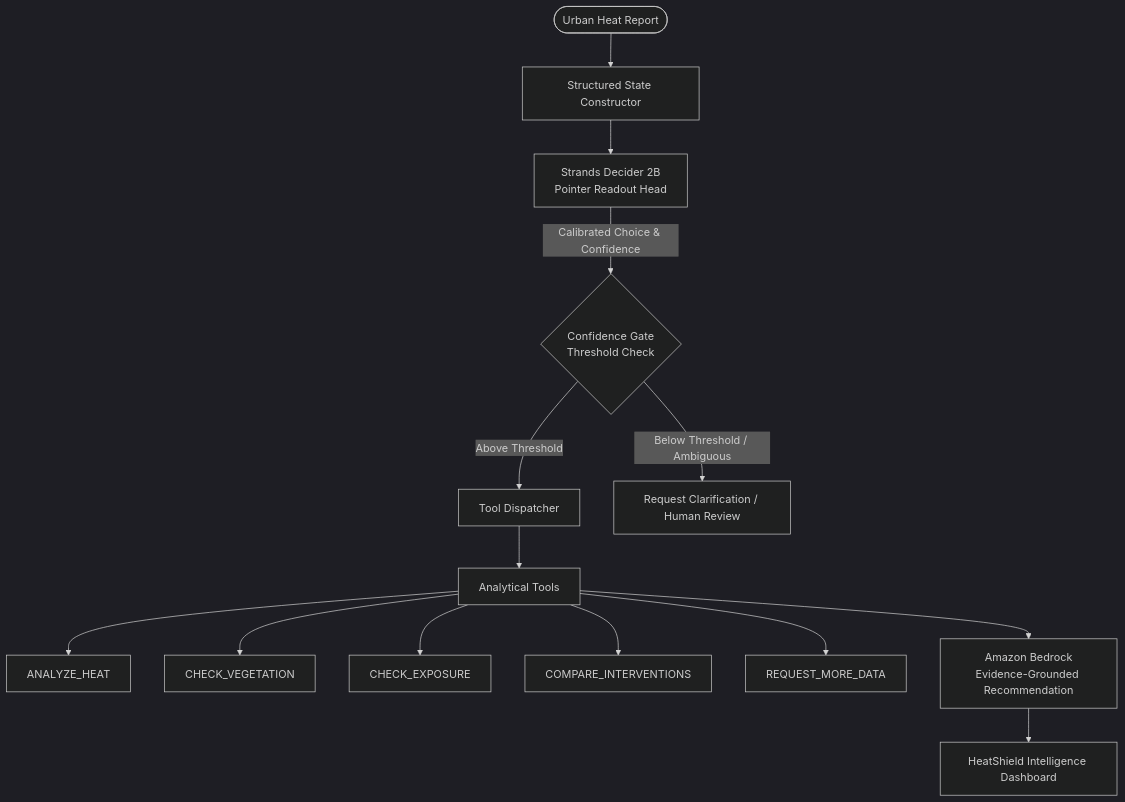
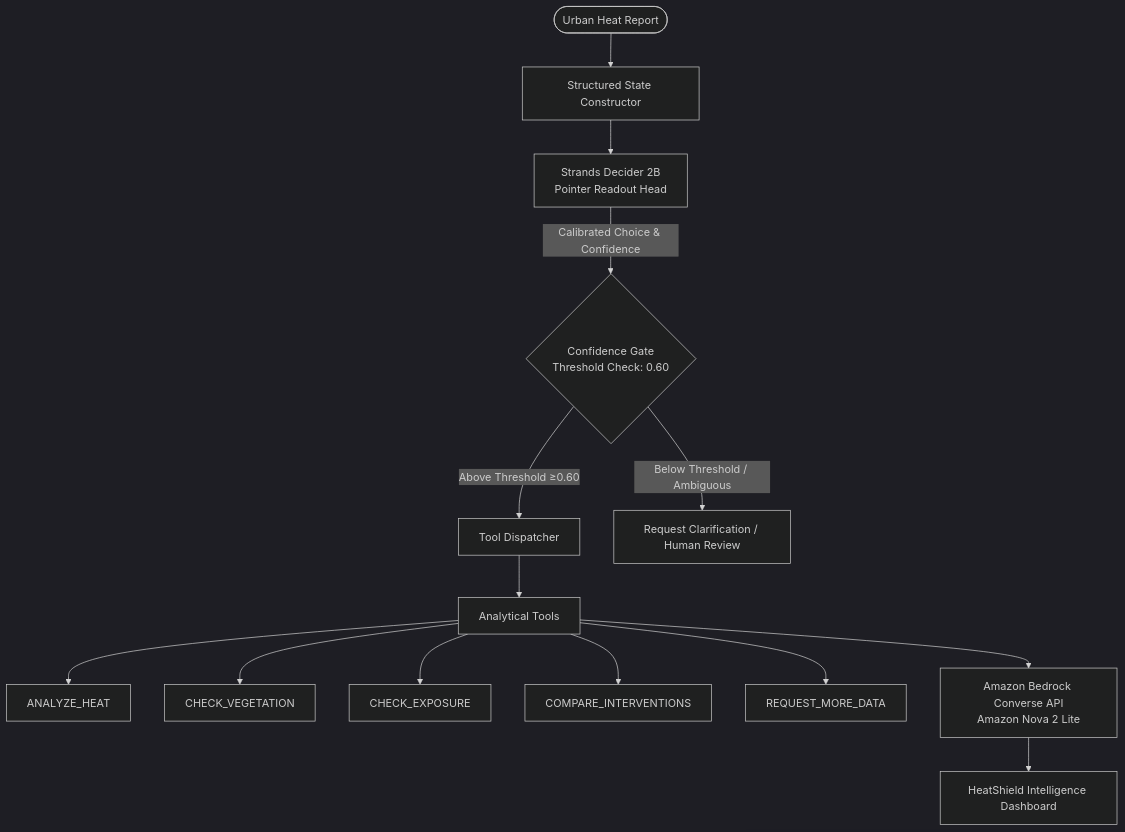
One commit to ASingha165/HeatSheild-AI changed the diagram in README.md. Above: the diagram before and after it, drawn with Mermaid (dark theme). The commit also changed other lines of this file and 13 other files, not shown here.

````diff
--- a/README.md
+++ b/README.md
@@ -9,16 +9,16 @@
 ```mermaid
 graph TD
     User([Urban Heat Report]) --> StateBuilder[Structured State Constructor]
     StateBuilder --> Decider[Strands Decider 2B<br/>Pointer Readout Head]
-    Decider -->|Calibrated Choice & Confidence| Gate{Confidence Gate<br/>Threshold Check}
-    Gate -->|Above Threshold| Dispatcher[Tool Dispatcher]
+    Decider -->|Calibrated Choice & Confidence| Gate{Confidence Gate<br/>Threshold Check: 0.60}
+    Gate -->|Above Threshold ≥0.60| Dispatcher[Tool Dispatcher]
     Gate -->|Below Threshold / Ambiguous| Clarify[Request Clarification / Human Review]
     Dispatcher --> Tools[Analytical Tools]
     Tools --> T1[ANALYZE_HEAT]
     Tools --> T2[CHECK_VEGETATION]
     Tools --> T3[CHECK_EXPOSURE]
     Tools --> T4[COMPARE_INTERVENTIONS]
     Tools --> T5[REQUEST_MORE_DATA]
-    Tools --> Bedrock[Amazon Bedrock<br/>Evidence-Grounded Recommendation]
+    Tools --> Bedrock[Amazon Bedrock Converse API<br/>Amazon Nova 2 Lite]
     Bedrock --> UI[HeatShield Intelligence Dashboard]
 ```
````
